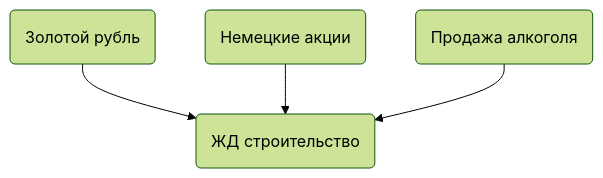
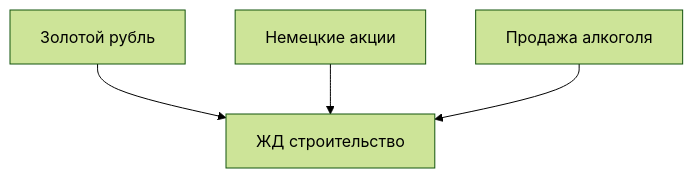
One commit to wesdyqq/study-sync changed the second of 2 diagrams in Учеба КНИТУ/История России/Конспекты лекций/История России 28.11.26.md. Above: the diagram before and after it, drawn with Mermaid (forest theme). The commit also changed other lines of this file, not shown here.

````diff
--- a/Учеба КНИТУ/История России/Конспекты лекций/История России 28.11.26.md
+++ b/Учеба КНИТУ/История России/Конспекты лекций/История России 28.11.26.md
@@ -109,11 +106,6 @@
 ```mermaid
-graph TD
-A("ЖД строительство")
-B("Золотой рубль")
-C("Немецкие акции")
-D("Продажа алкоголя")
-
-B-->A
-C-->A
-D-->A
+flowchart TD
+    B["Золотой рубль"] --> A["ЖД строительство"]
+    C["Немецкие акции"] --> A
+    D["Продажа алкоголя"] --> A
 ```
````
